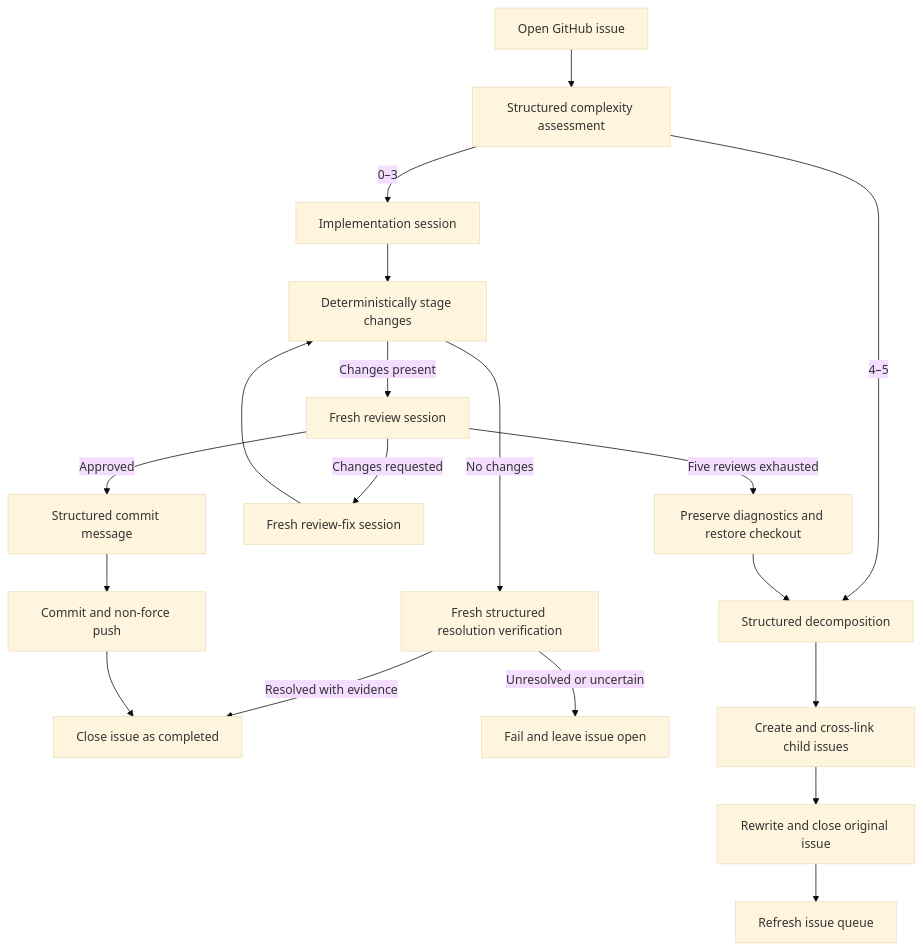
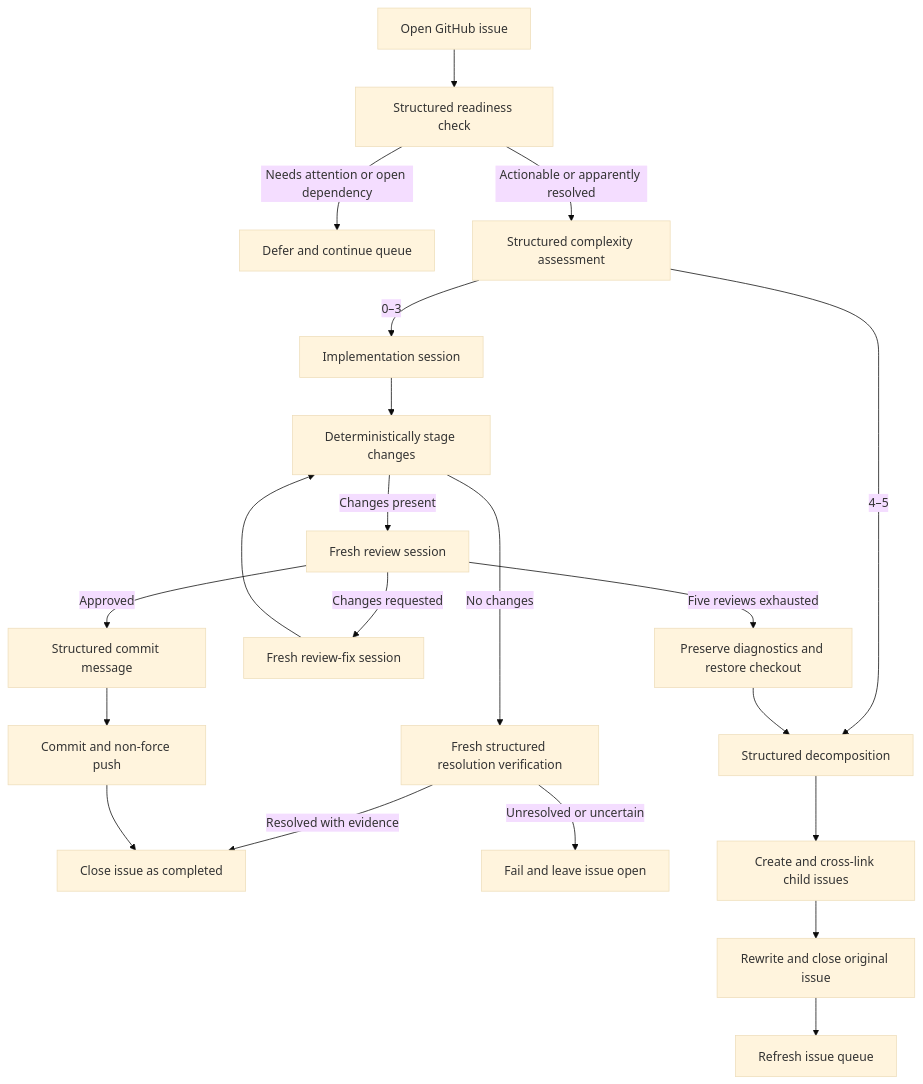
One commit to beremaran/ralphie changed the first of 5 diagrams in README.md. Above: the diagram before and after it, drawn with Mermaid (base theme). The commit also changed other lines of this file and 18 other files, not shown here.

Commit message:
Defer dependency-blocked issues

````diff
--- a/README.md
+++ b/README.md
@@ -149,21 +153,23 @@
 ```mermaid
 flowchart TD
-    A[Open GitHub issue] --> B[Structured complexity assessment]
+    A[Open GitHub issue] --> Z[Structured readiness check]
+    Z -->|Needs attention or open dependency| Y[Defer and continue queue]
+    Z -->|Actionable or apparently resolved| B[Structured complexity assessment]
     B -->|0–3| C[Implementation session]
     C --> D[Deterministically stage changes]
     D -->|Changes present| E[Fresh review session]
     D -->|No changes| N[Fresh structured resolution verification]
     N -->|Resolved with evidence| O[Close issue as completed]
     N -->|Unresolved or uncertain| P[Fail and leave issue open]
     E -->|Approved| F[Structured commit message]
     E -->|Changes requested| G[Fresh review-fix session]
     G --> D
     E -->|Five reviews exhausted| H[Preserve diagnostics and restore checkout]
     B -->|4–5| I[Structured decomposition]
     H --> I
     I --> J[Create and cross-link child issues]
     J --> K[Rewrite and close original issue]
     K --> L[Refresh issue queue]
     F --> M[Commit and non-force push]
     M --> O
 ```
````
